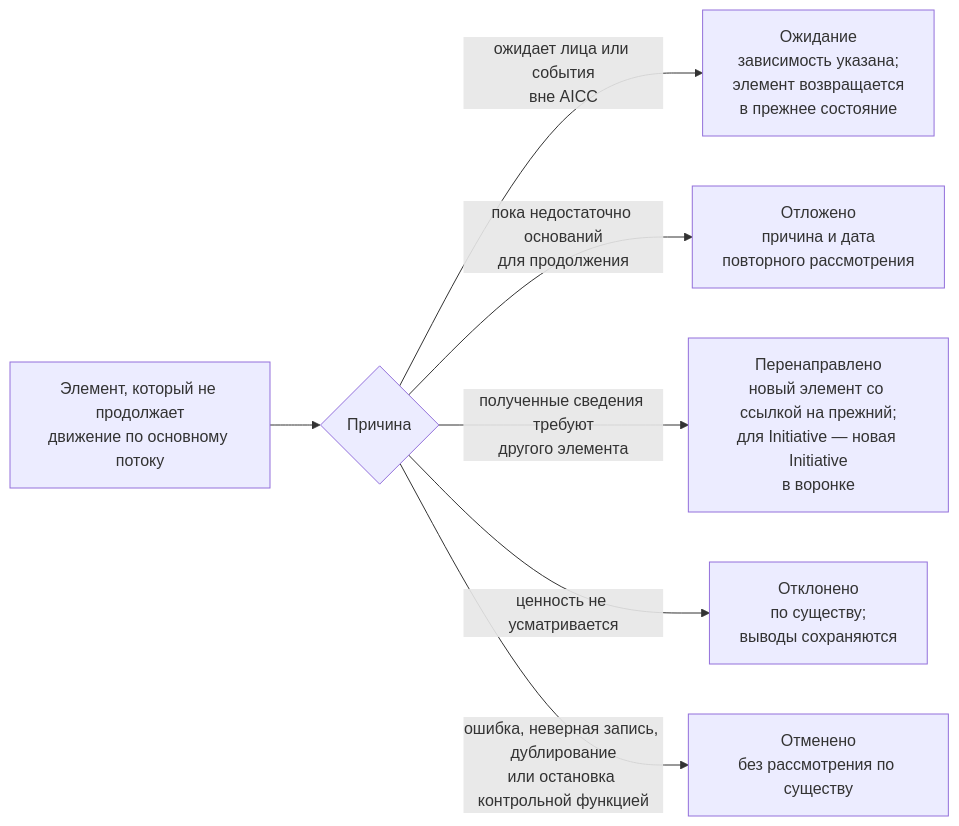
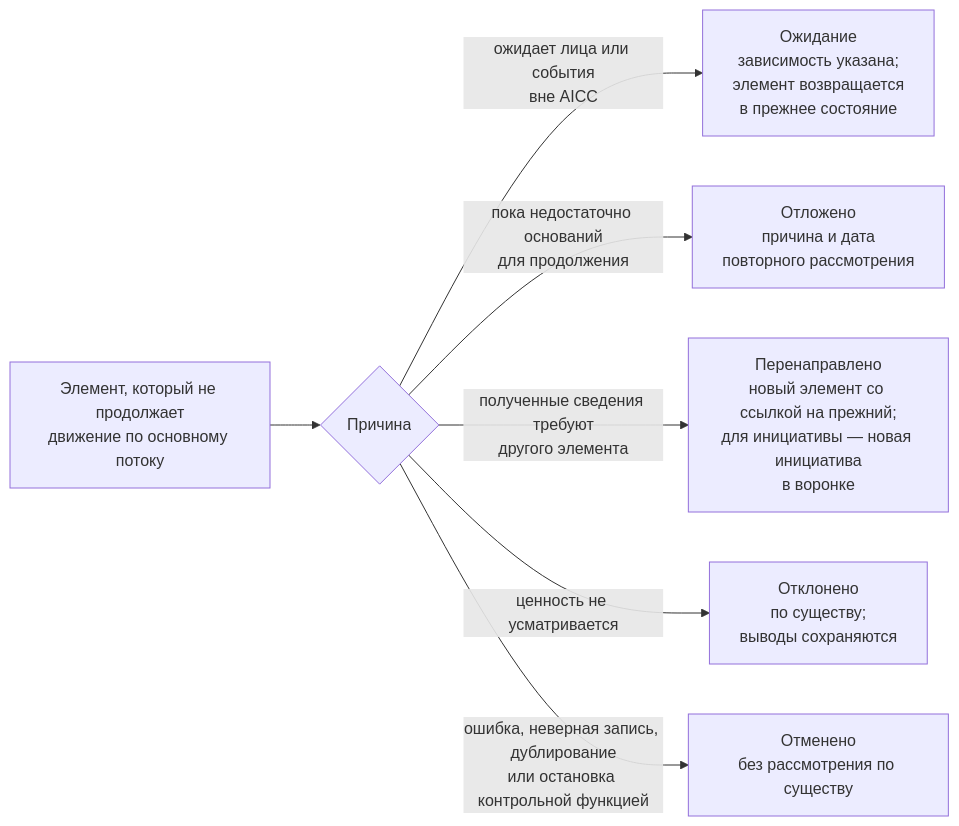
Before and after one commit to devhogu/ob-aicc: the fourth of 5 diagrams in charter/ru/guides/service-delivery-guide.md, drawn with Mermaid. The commit also changed other lines of this file and 150 other files, not shown here.

````diff
--- a/charter/ru/guides/service-delivery-guide.md
+++ b/charter/ru/guides/service-delivery-guide.md
@@ -80,9 +80,9 @@
 ```mermaid
 flowchart LR
   IT["Элемент, который не продолжает<br/>движение по основному потоку"] --> Q{"Причина"}
   Q -->|"ожидает лица или события<br/>вне AICC"| WT["Ожидание<br/>зависимость указана;<br/>элемент возвращается<br/>в прежнее состояние"]
   Q -->|"пока недостаточно оснований<br/>для продолжения"| DF["Отложено<br/>причина и дата<br/>повторного рассмотрения"]
-  Q -->|"полученные сведения требуют<br/>другого элемента"| PV["Перенаправлено<br/>новый элемент со ссылкой на прежний;<br/>для Initiative — новая Initiative<br/>в воронке"]
+  Q -->|"полученные сведения требуют<br/>другого элемента"| PV["Перенаправлено<br/>новый элемент со ссылкой на прежний;<br/>для инициативы — новая инициатива<br/>в воронке"]
   Q -->|"ценность не усматривается"| RJ["Отклонено<br/>по существу;<br/>выводы сохраняются"]
   Q -->|"ошибка, неверная запись, дублирование<br/>или остановка контрольной функцией"| CN["Отменено<br/>без рассмотрения по существу"]
 ```
````
